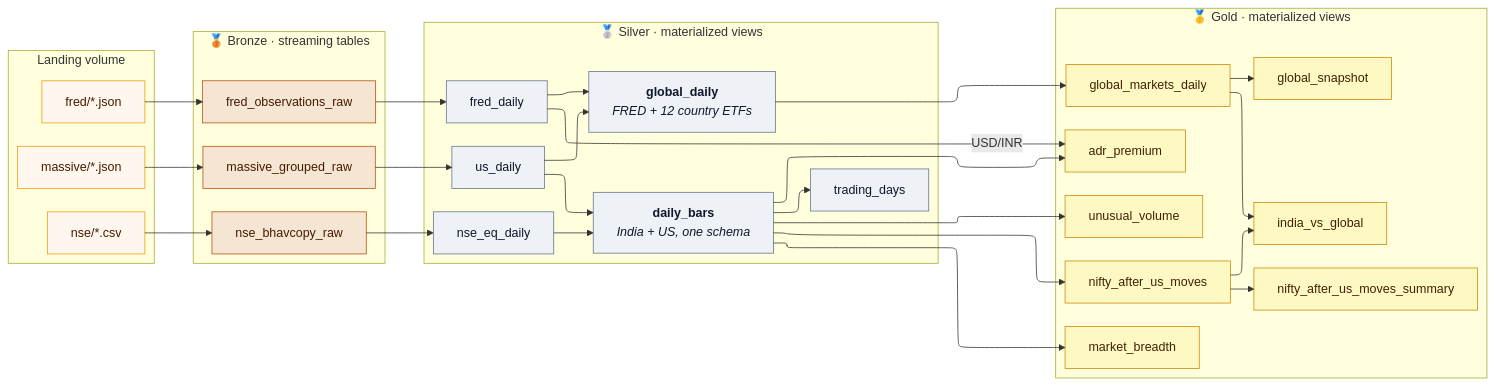
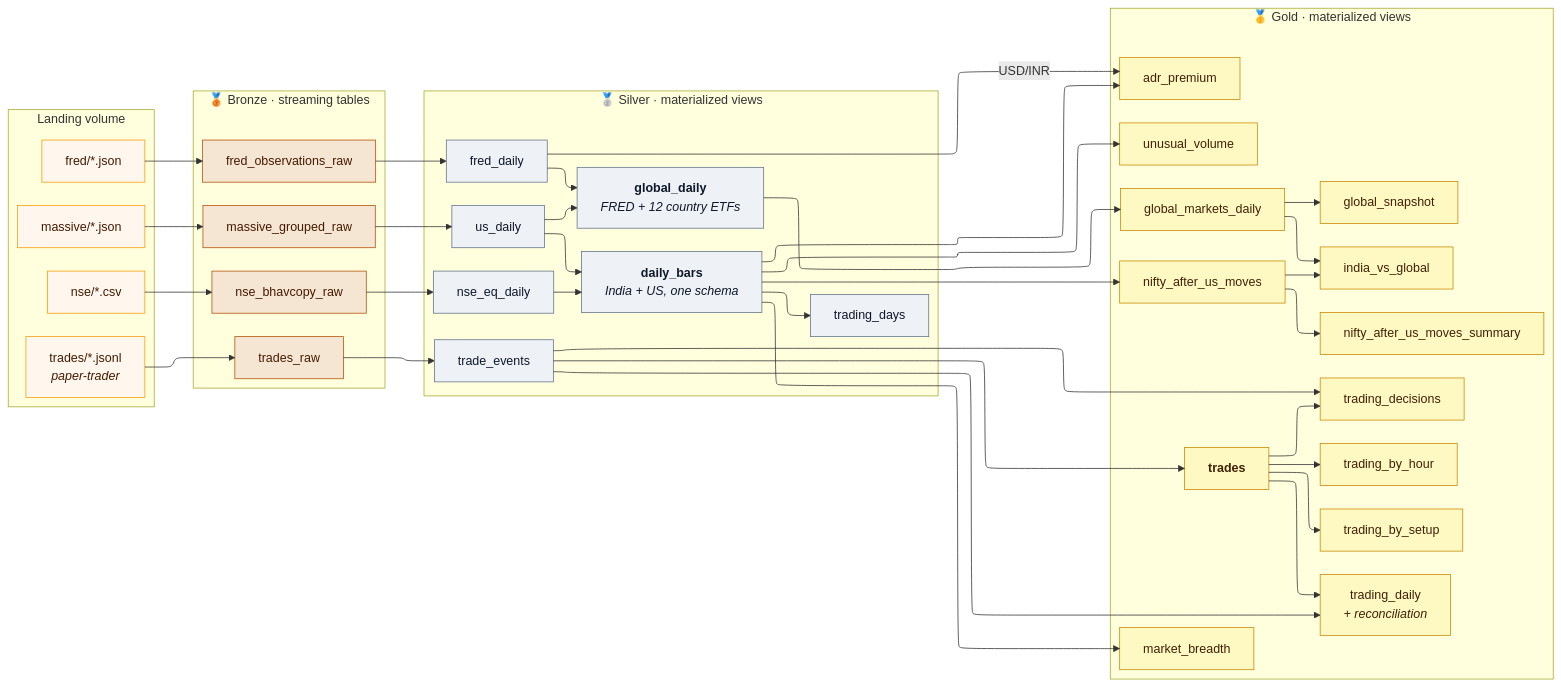
One commit to bumblebee26/stocks_lakehouse changed the diagram in docs/diagrams/03_lineage.mmd. Above: the diagram before and after it, drawn with Mermaid. The commit also changed 13 other files, not shown here.

First line of the commit message:
Docs: platform diagram with paper-trader; trading feed in architecture and lineage

```diff
--- a/docs/diagrams/03_lineage.mmd
+++ b/docs/diagrams/03_lineage.mmd
@@ -1,66 +1,81 @@
 ---
 config:
   layout: elk
   elk:
     mergeEdges: false
     nodePlacementStrategy: NETWORK_SIMPLEX
 ---
 flowchart LR
     subgraph LAND["Landing volume"]
         direction TB
         LN["nse/*.csv"]
         LM["massive/*.json"]
         LF["fred/*.json"]
+        LT["trades/*.jsonl<br/><i>paper-trader</i>"]
     end
 
     subgraph B["🥉 Bronze · streaming tables"]
         direction TB
         B1["nse_bhavcopy_raw"]
         B2["massive_grouped_raw"]
         B3["fred_observations_raw"]
+        B4["trades_raw"]
     end
 
     subgraph S["🥈 Silver · materialized views"]
         direction TB
         S1["nse_eq_daily"]
         S2["us_daily"]
         S3["<b>daily_bars</b><br/><i>India + US, one schema</i>"]
         S4["trading_days"]
         S5["fred_daily"]
         S6["<b>global_daily</b><br/><i>FRED + 12 country ETFs</i>"]
+        S7["trade_events"]
     end
 
     subgraph G["🥇 Gold · materialized views"]
         direction TB
         G1["unusual_volume"]
         G2["market_breadth"]
         G3["nifty_after_us_moves"]
         G4["nifty_after_us_moves_summary"]
         G5["adr_premium"]
         G6["global_markets_daily"]
         G7["global_snapshot"]
         G8["india_vs_global"]
+        G9["<b>trades</b>"]
+        G10["trading_daily<br/><i>+ reconciliation</i>"]
+        G11["trading_by_setup"]
+        G12["trading_by_hour"]
+        G13["trading_decisions"]
     end
 
     LN --> B1 --> S1 --> S3
     LM --> B2 --> S2 --> S3
     LF --> B3 --> S5 --> S6
     S2 --> S6
     S3 --> S4
     S3 --> G1
     S3 --> G2
     S3 --> G3 --> G4
     S3 --> G5
     S5 -- "USD/INR" --> G5
     S6 --> G6 --> G7
     G6 --> G8
     G3 --> G8
+    LT --> B4 --> S7 --> G9
+    G9 --> G10
+    S7 --> G10
+    G9 --> G11
+    G9 --> G12
+    G9 --> G13
+    S7 --> G13
 
     classDef land fill:#fff7ed,stroke:#f59e0b,color:#451a03
     classDef bronze fill:#f5e6d3,stroke:#b45309,color:#451a03
     classDef silver fill:#eef2f6,stroke:#64748b,color:#0f172a
     classDef gold fill:#fef9c3,stroke:#ca8a04,color:#422006
-    class LN,LM,LF land
-    class B1,B2,B3 bronze
-    class S1,S2,S3,S4,S5,S6 silver
-    class G1,G2,G3,G4,G5,G6,G7,G8 gold
+    class LN,LM,LF,LT land
+    class B1,B2,B3,B4 bronze
+    class S1,S2,S3,S4,S5,S6,S7 silver
+    class G1,G2,G3,G4,G5,G6,G7,G8,G9,G10,G11,G12,G13 gold
```
